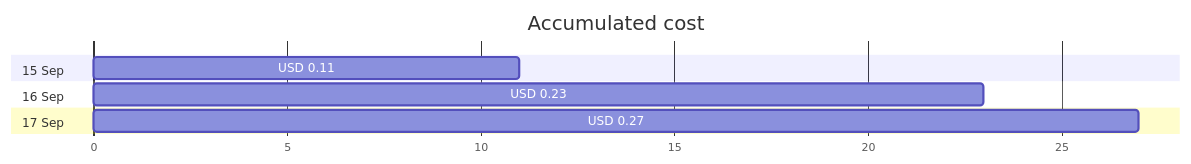
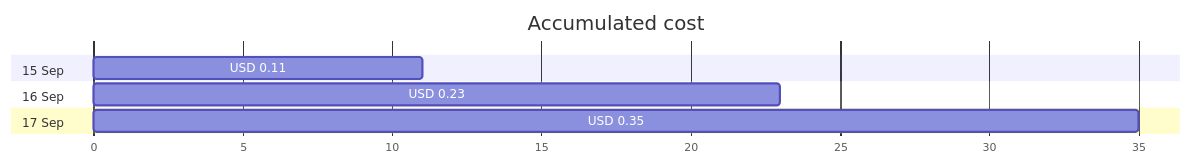
One commit to jpfulton/azure-personal-reports changed the first of 4 diagrams in cost-reports/personal-network/vpn-server-public-ip.md. Above: the diagram before and after it, drawn with Mermaid. The commit also changed other lines of this file and 17 other files, not shown here.

````diff
--- a/cost-reports/personal-network/vpn-server-public-ip.md
+++ b/cost-reports/personal-network/vpn-server-public-ip.md
@@ -20,12 +20,12 @@
 ```mermaid
 gantt
    title Accumulated cost
    dateFormat  X
    axisFormat %s
    section 15 Sep
    USD 0.11 :0, 11
    section 16 Sep
    USD 0.23 :0, 23
    section 17 Sep
-   USD 0.27 :0, 27
+   USD 0.35 :0, 35
 ```
````
